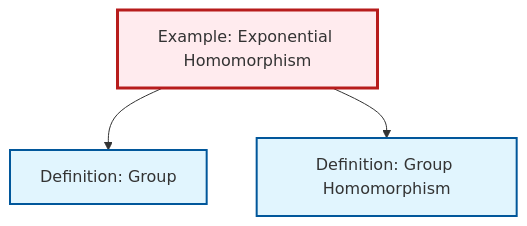
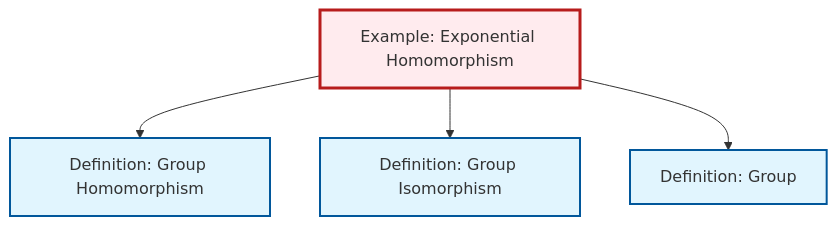
Before and after one commit to RK0429/ModernMath: the diagram in content/en/algebra/ex-exponential-homomorphism.qmd, drawn with Mermaid. The commit also changed other lines of this file and 581 other files, not shown here.

````diff
--- a/content/en/algebra/ex-exponential-homomorphism.qmd
+++ b/content/en/algebra/ex-exponential-homomorphism.qmd
@@ -44,17 +45,20 @@
 ```{mermaid}
 %%| fig-cap: "Local dependency graph"
 graph TD
     classDef definition fill:#e1f5fe,stroke:#01579b,stroke-width:2px
     classDef theorem fill:#f3e5f5,stroke:#4a148c,stroke-width:2px
     classDef axiom fill:#fff3e0,stroke:#e65100,stroke-width:2px
     classDef example fill:#e8f5e9,stroke:#1b5e20,stroke-width:2px
     classDef current fill:#ffebee,stroke:#b71c1c,stroke-width:3px
     def-group["Definition: Group"]:::definition
+    def-isomorphism["Definition: Group Isomorphism"]:::definition
+    def-homomorphism["Definition: Group Homomorphism"]:::definition
     ex-exponential-homomorphism["Example: Exponential Homomorphism"]:::example
-    def-homomorphism["Definition: Group Homomorphism"]:::definition
+    ex-exponential-homomorphism --> def-homomorphism
+    ex-exponential-homomorphism --> def-isomorphism
     ex-exponential-homomorphism --> def-group
-    ex-exponential-homomorphism --> def-homomorphism
     class ex-exponential-homomorphism current
     click def-group "def-group.html" "Go to Group definition"
+    click def-isomorphism "def-isomorphism.html" "Go to Group Isomorphism definition"
     click def-homomorphism "def-homomorphism.html" "Go to Group Homomorphism definition"
 ```
````
